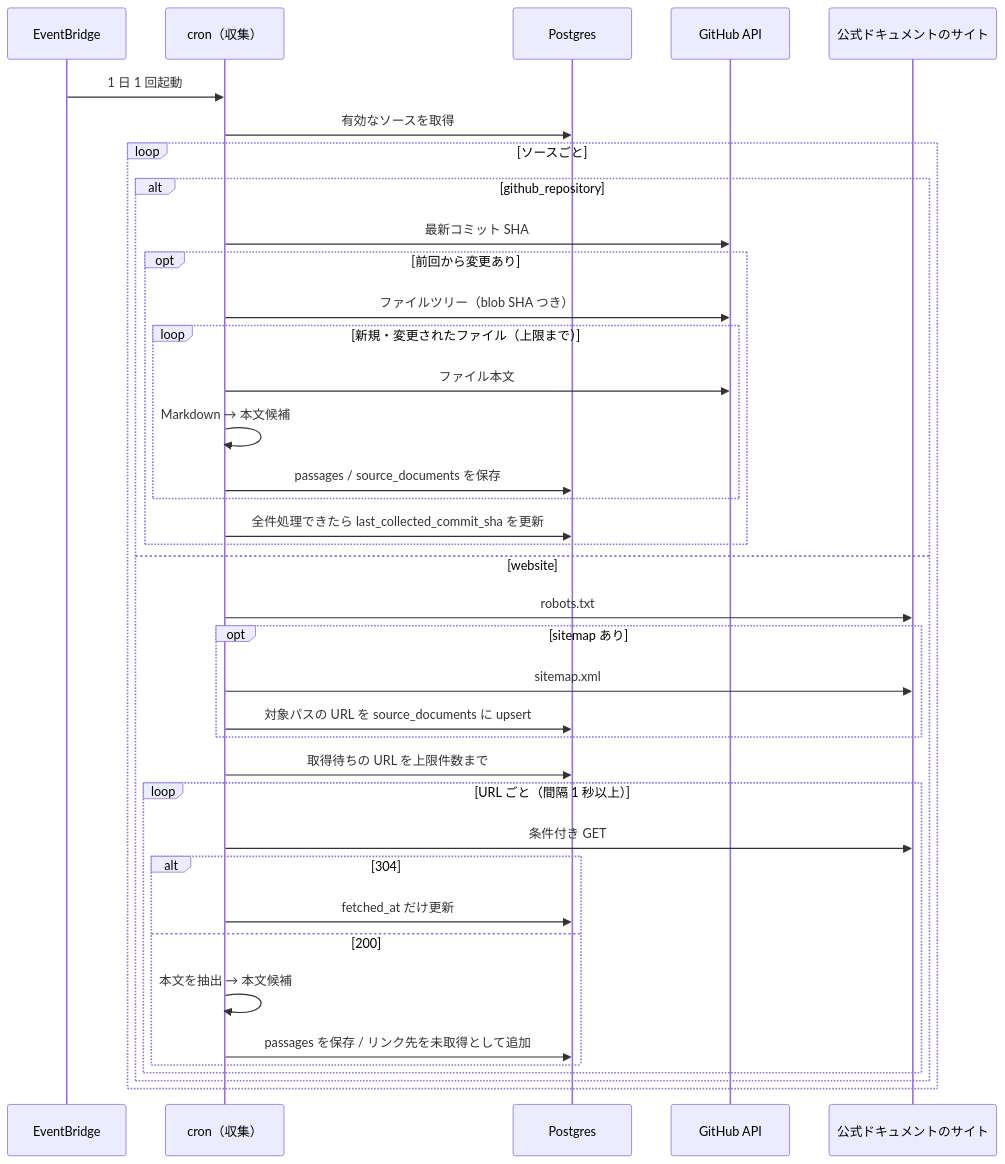
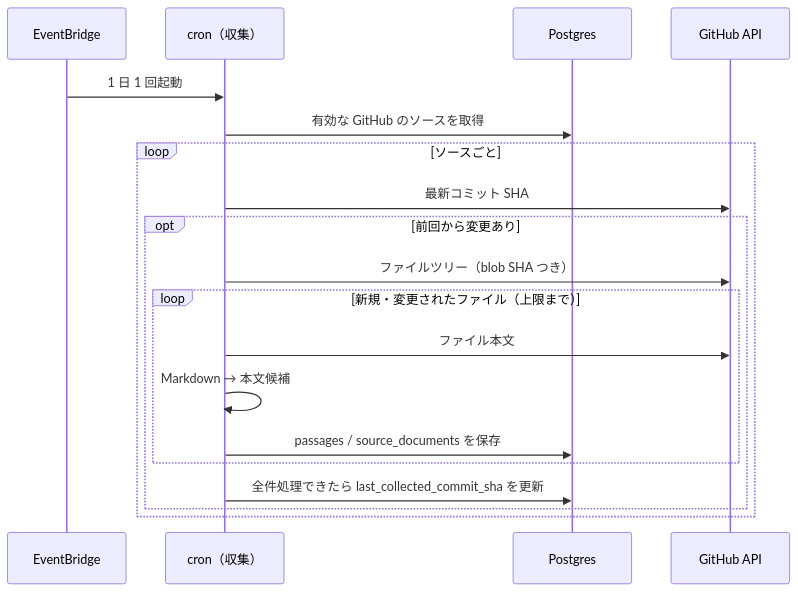
The fourth of 4 diagrams in docs/spec/content-collection/README.md (kentakki416/tech-english), drawn with Mermaid before and after one commit. The commit also changed other lines of this file and 45 other files, not shown here.

Commit message:
feat(cron): 収集を GitHub のソースだけにし、サイトのクロールの処理と、content-extractor の sitemap・ページのリンクの処理を消す

````diff
--- a/docs/spec/content-collection/README.md
+++ b/docs/spec/content-collection/README.md
@@ -587,41 +565,22 @@
 ```mermaid
 sequenceDiagram
     participant Sch as EventBridge
     participant Cron as cron（収集）
     participant DB as Postgres
     participant GH as GitHub API
-    participant Site as 公式ドキュメントのサイト
 
     Sch->>Cron: 1 日 1 回起動
-    Cron->>DB: 有効なソースを取得
+    Cron->>DB: 有効な GitHub のソースを取得
     loop ソースごと
-        alt github_repository
-            Cron->>GH: 最新コミット SHA
-            opt 前回から変更あり
-                Cron->>GH: ファイルツリー（blob SHA つき）
-                loop 新規・変更されたファイル（上限まで）
-                    Cron->>GH: ファイル本文
-                    Cron->>Cron: Markdown → 本文候補
-                    Cron->>DB: passages / source_documents を保存
-                end
-                Cron->>DB: 全件処理できたら last_collected_commit_sha を更新
+        Cron->>GH: 最新コミット SHA
+        opt 前回から変更あり
+            Cron->>GH: ファイルツリー（blob SHA つき）
+            loop 新規・変更されたファイル（上限まで）
+                Cron->>GH: ファイル本文
+                Cron->>Cron: Markdown → 本文候補
+                Cron->>DB: passages / source_documents を保存
             end
-        else website
-            Cron->>Site: robots.txt
-            opt sitemap あり
-                Cron->>Site: sitemap.xml
-                Cron->>DB: 対象パスの URL を source_documents に upsert
-            end
-            Cron->>DB: 取得待ちの URL を上限件数まで
-            loop URL ごと（間隔 1 秒以上）
-                Cron->>Site: 条件付き GET
-                alt 304
-                    Cron->>DB: fetched_at だけ更新
-                else 200
-                    Cron->>Cron: 本文を抽出 → 本文候補
-                    Cron->>DB: passages を保存 / リンク先を未取得として追加
-                end
-            end
+            Cron->>DB: 全件処理できたら last_collected_commit_sha を更新
         end
     end
 ```
````
